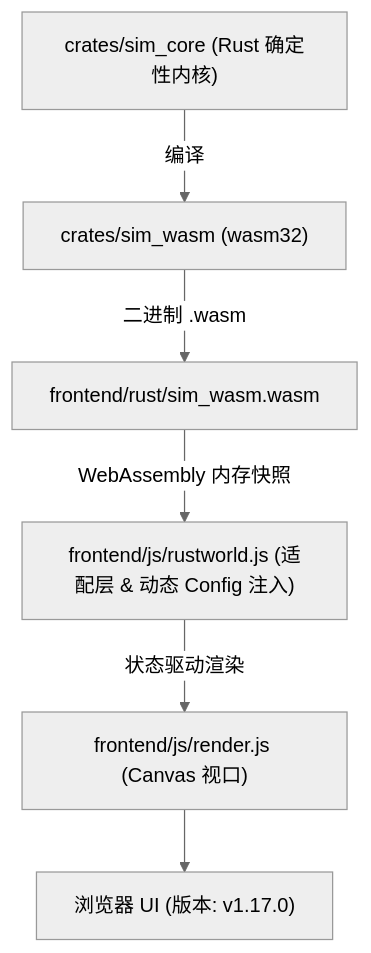
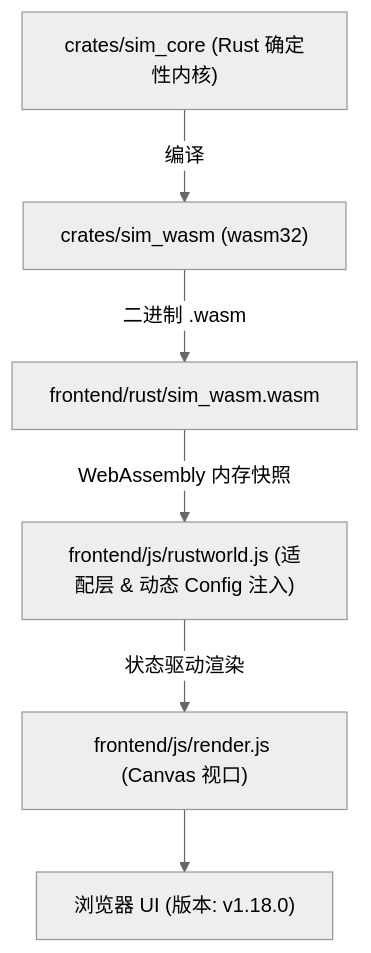
One commit to g39088902/FlowAndAccord changed the diagram in AGENTS.md. Above: the diagram before and after it, drawn with Mermaid (neutral theme). The commit also changed other lines of this file and 17 other files, not shown here.

````diff
--- a/AGENTS.md
+++ b/AGENTS.md
@@ -50,8 +50,8 @@
 ```mermaid
 graph TD
     A["crates/sim_core (Rust 确定性内核)"] -->|编译| B["crates/sim_wasm (wasm32)"]
     B -->|二进制 .wasm| C["frontend/rust/sim_wasm.wasm"]
     C -->|WebAssembly 内存快照| D["frontend/js/rustworld.js (适配层 & 动态 Config 注入)"]
     D -->|状态驱动渲染| E["frontend/js/render.js (Canvas 视口)"]
-    E --> F["浏览器 UI (版本: v1.17.0)"]
+    E --> F["浏览器 UI (版本: v1.18.0)"]
 ```
````
